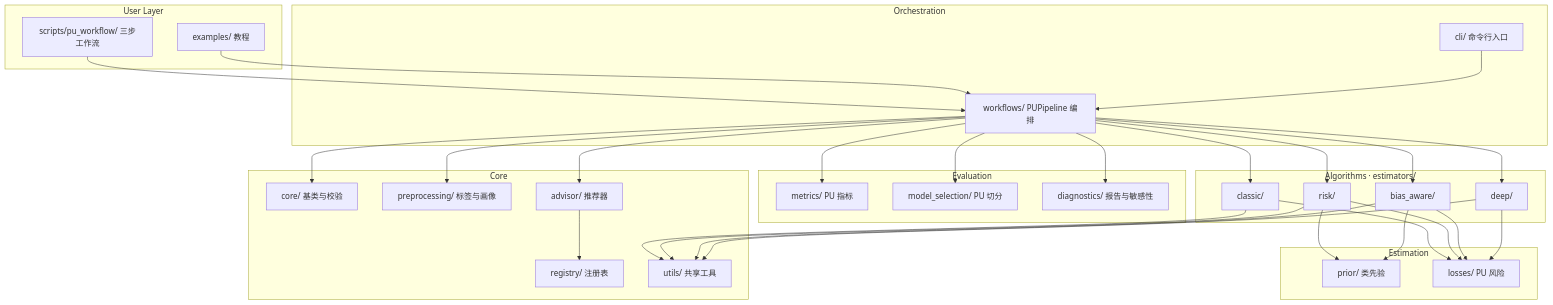
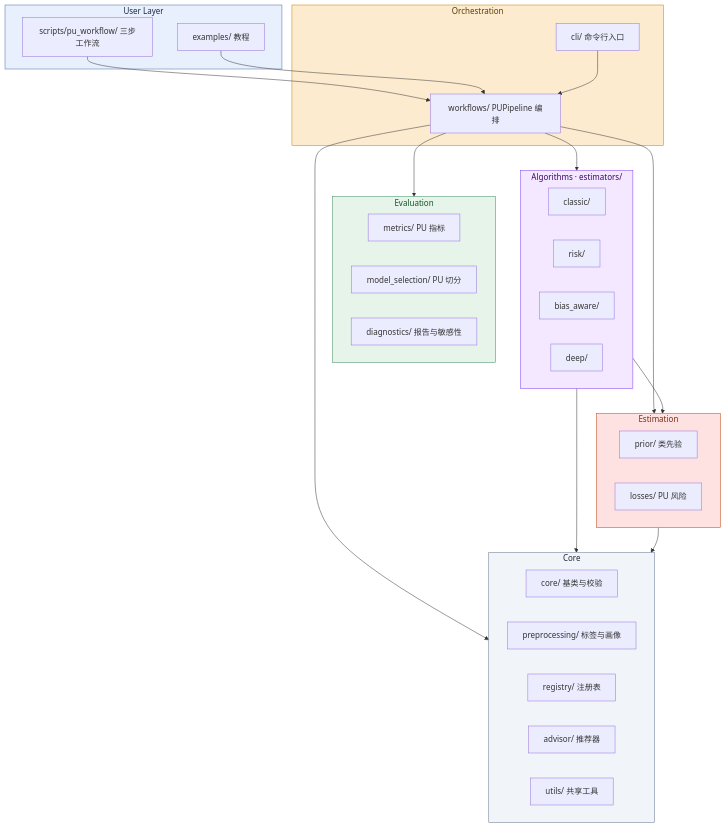
Before and after one commit to shuidisjtu/pu-learning-toolbox: the second of 2 diagrams in docs/dev/architecture.md, drawn with Mermaid. The commit also changed other lines of this file, not shown here.

Commit message:
docs: refine component diagram to layer-level arrows with color coding

````diff
--- a/docs/dev/architecture.md
+++ b/docs/dev/architecture.md
@@ -44,58 +44,51 @@
 ```mermaid
 flowchart TB
     subgraph UL["User Layer"]
         EX["examples/ 教程"]
         WFS["scripts/pu_workflow/ 三步工作流"]
     end
     subgraph OR["Orchestration"]
         CLI["cli/ 命令行入口"]
         PPL["workflows/ PUPipeline 编排"]
     end
     subgraph EV["Evaluation"]
         MET["metrics/ PU 指标"]
         MS["model_selection/ PU 切分"]
         DG["diagnostics/ 报告与敏感性"]
     end
     subgraph AL["Algorithms · estimators/"]
         CLC["classic/"]
         RSK["risk/"]
         BIA["bias_aware/"]
         DEE["deep/"]
     end
     subgraph ES["Estimation"]
         PR["prior/ 类先验"]
         LS["losses/ PU 风险"]
     end
     subgraph CR["Core"]
         CORE["core/ 基类与校验"]
         PRE["preprocessing/ 标签与画像"]
         REG["registry/ 注册表"]
         ADV["advisor/ 推荐器"]
         UTL["utils/ 共享工具"]
     end
 
     WFS --> PPL
     EX --> PPL
     CLI --> PPL
-    PPL --> MS
-    PPL --> MET
-    PPL --> DG
-    PPL --> ADV
-    PPL --> PRE
-    PPL --> CORE
-    ADV --> REG
-    PPL --> CLC
-    PPL --> RSK
-    PPL --> BIA
-    PPL --> DEE
-    CLC --> LS
-    RSK --> LS
-    BIA --> LS
-    DEE --> LS
-    RSK --> PR
-    BIA --> PR
-    CLC --> UTL
-    RSK --> UTL
-    BIA --> UTL
-    DEE --> UTL
+    PPL --> EV
+    PPL --> AL
+    PPL --> ES
+    PPL --> CR
+    AL --> ES
+    AL --> CR
+    ES --> CR
+
+    style UL fill:#E8F0FE,stroke:#4A6FA5,color:#1B2A4A
+    style OR fill:#FDEBD0,stroke:#C08000,color:#5C3D00
+    style EV fill:#E6F4EA,stroke:#3C8C5C,color:#14532D
+    style AL fill:#F3E8FF,stroke:#7C3AED,color:#3B0764
+    style ES fill:#FEE2E2,stroke:#C2410C,color:#7C2D12
+    style CR fill:#F1F5F9,stroke:#64748B,color:#1E293B
 ```
````
